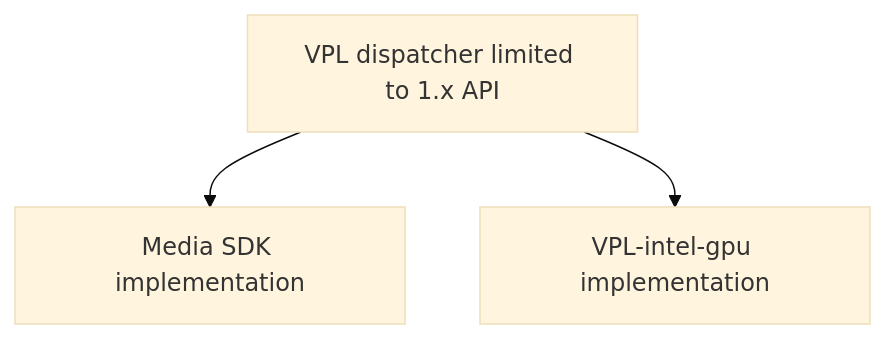
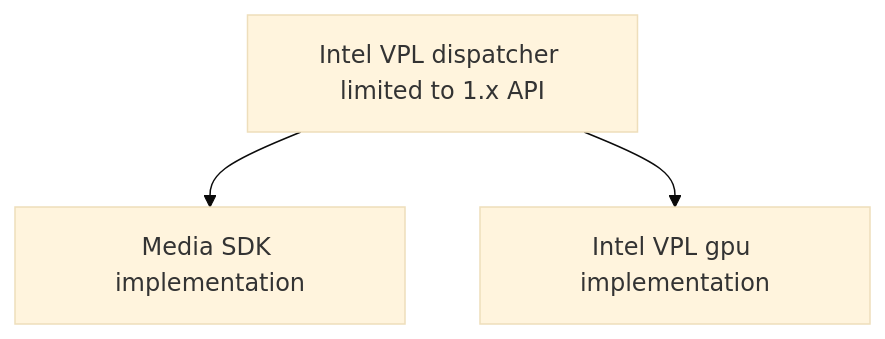
Before and after one commit to intel/libvpl: the second of 3 diagrams in examples/tutorials/01_transition/README.md, drawn with Mermaid (base theme). The commit also changed other lines of this file, not shown here.

````diff
--- a/examples/tutorials/01_transition/README.md
+++ b/examples/tutorials/01_transition/README.md
@@ -237,5 +235,5 @@
 ```mermaid
 graph TD;
-    VPL[VPL dispatcher limited to 1.x API]-->impl1[Media SDK implementation];
-    VPL[VPL dispatcher limited to 1.x API]-->impl2[VPL-intel-gpu implementation];
+    dispatcher[Intel VPL dispatcher limited to 1.x API]-->impl1[Media SDK implementation];
+    dispatcher[Intel VPL dispatcher limited to 1.x API]-->impl2[Intel VPL gpu implementation];
 ```
````
